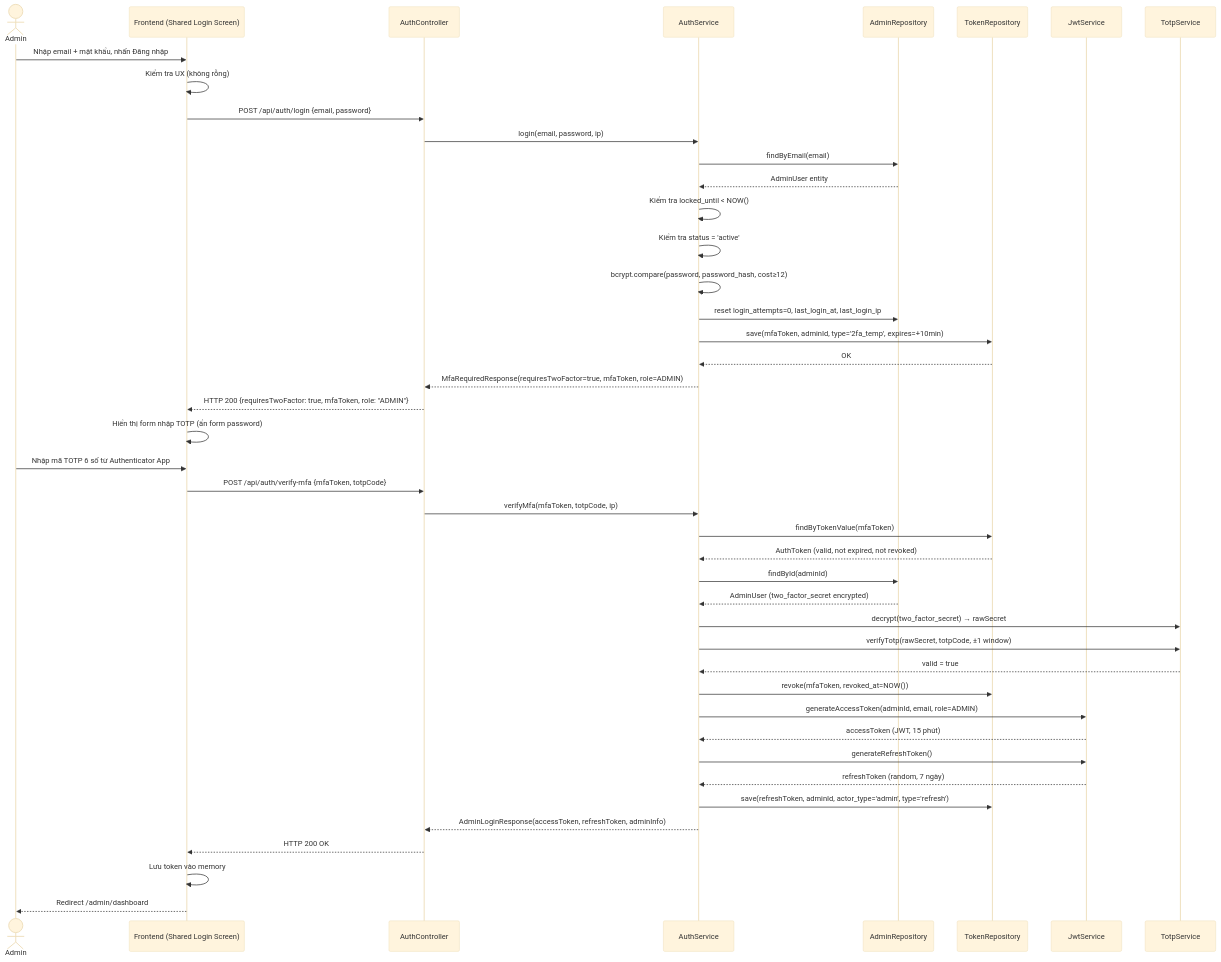
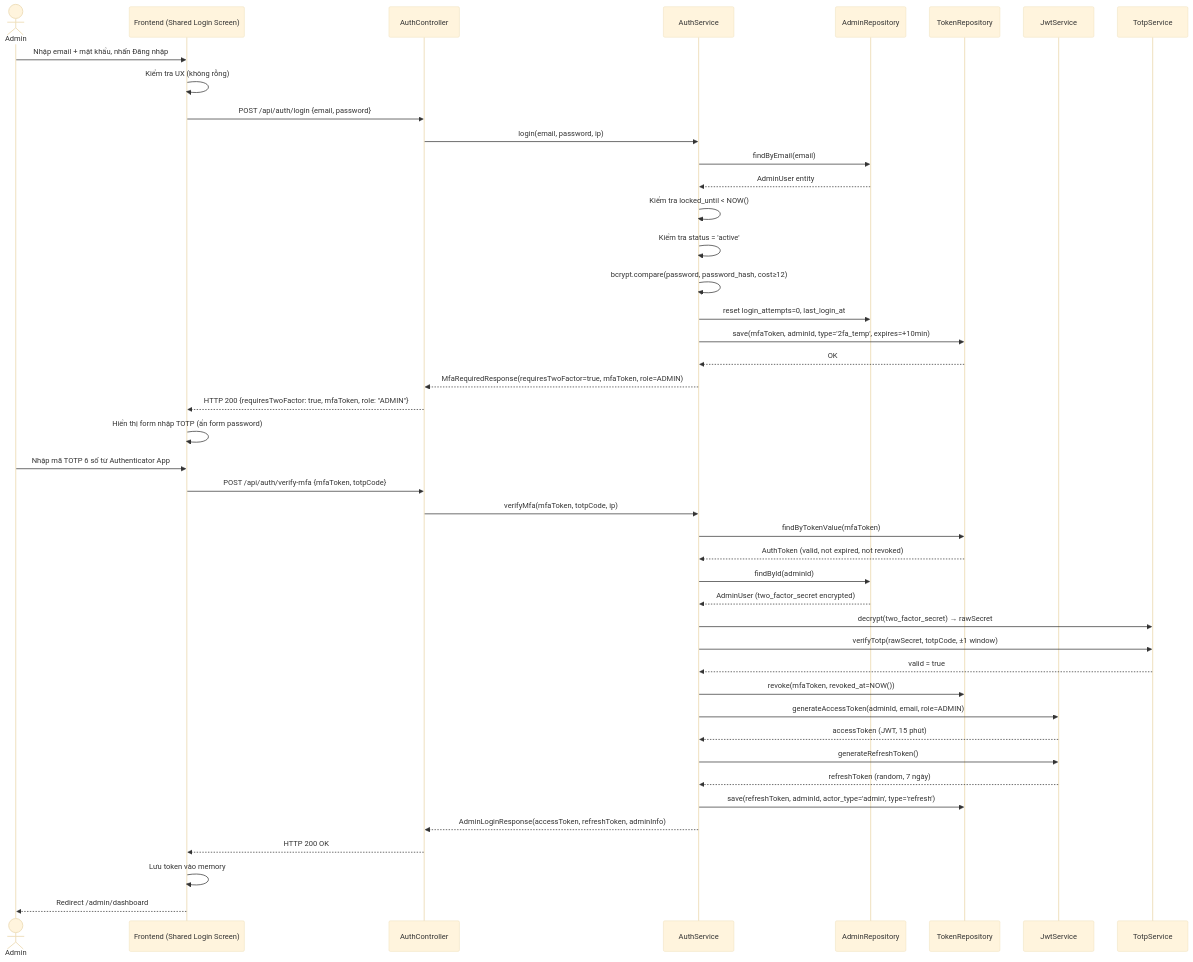
Before and after one commit to hung02042005/Japanese-Skill-Practice-Platform: the first of 3 diagrams in .sdd/specs/backend/feat-system-admin/UC-35-admin-login.md, drawn with Mermaid (base theme). The commit also changed other lines of this file and 26 other files, not shown here.

````diff
--- a/.sdd/specs/backend/feat-system-admin/UC-35-admin-login.md
+++ b/.sdd/specs/backend/feat-system-admin/UC-35-admin-login.md
@@ -200,57 +200,57 @@
 ```mermaid
 sequenceDiagram
     actor Admin
     participant FE as Frontend (Shared Login Screen)
     participant AC as AuthController
     participant AS as AuthService
     participant AR as AdminRepository
     participant TR as TokenRepository
     participant JS as JwtService
     participant TS as TotpService
 
     Admin->>FE: Nhập email + mật khẩu, nhấn Đăng nhập
     FE->>FE: Kiểm tra UX (không rỗng)
     FE->>AC: POST /api/auth/login {email, password}
     AC->>AS: login(email, password, ip)
 
     AS->>AR: findByEmail(email)
     AR-->>AS: AdminUser entity
 
     AS->>AS: Kiểm tra locked_until < NOW()
     AS->>AS: Kiểm tra status = 'active'
     AS->>AS: bcrypt.compare(password, password_hash, cost≥12)
 
-    AS->>AR: reset login_attempts=0, last_login_at, last_login_ip
+    AS->>AR: reset login_attempts=0, last_login_at
     AS->>TR: save(mfaToken, adminId, type='2fa_temp', expires=+10min)
     TR-->>AS: OK
 
     AS-->>AC: MfaRequiredResponse(requiresTwoFactor=true, mfaToken, role=ADMIN)
     AC-->>FE: HTTP 200 {requiresTwoFactor: true, mfaToken, role: "ADMIN"}
     FE->>FE: Hiển thị form nhập TOTP (ẩn form password)
 
     Admin->>FE: Nhập mã TOTP 6 số từ Authenticator App
     FE->>AC: POST /api/auth/verify-mfa {mfaToken, totpCode}
     AC->>AS: verifyMfa(mfaToken, totpCode, ip)
 
     AS->>TR: findByTokenValue(mfaToken)
     TR-->>AS: AuthToken (valid, not expired, not revoked)
 
     AS->>AR: findById(adminId)
     AR-->>AS: AdminUser (two_factor_secret encrypted)
 
     AS->>TS: decrypt(two_factor_secret) → rawSecret
     AS->>TS: verifyTotp(rawSecret, totpCode, ±1 window)
     TS-->>AS: valid = true
 
     AS->>TR: revoke(mfaToken, revoked_at=NOW())
     AS->>JS: generateAccessToken(adminId, email, role=ADMIN)
     JS-->>AS: accessToken (JWT, 15 phút)
     AS->>JS: generateRefreshToken()
     JS-->>AS: refreshToken (random, 7 ngày)
     AS->>TR: save(refreshToken, adminId, actor_type='admin', type='refresh')
     AS-->>AC: AdminLoginResponse(accessToken, refreshToken, adminInfo)
 
     AC-->>FE: HTTP 200 OK
     FE->>FE: Lưu token vào memory
     FE-->>Admin: Redirect /admin/dashboard
 ```
````
